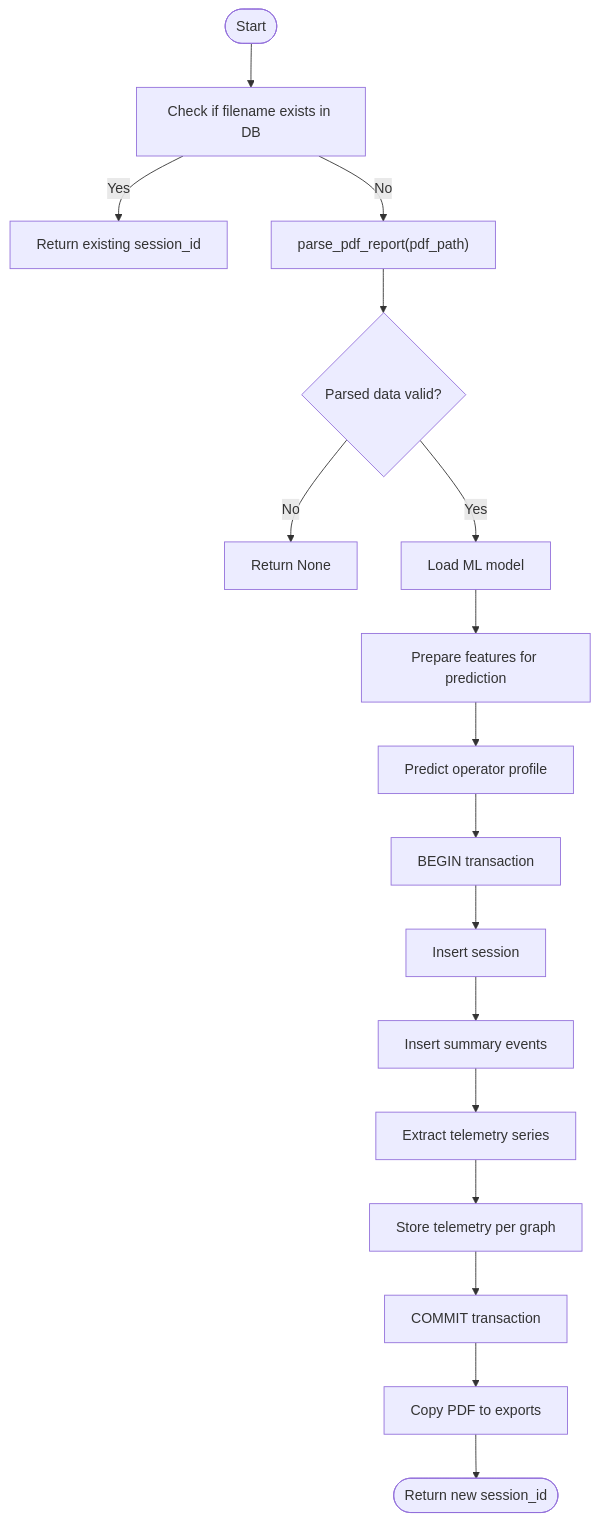
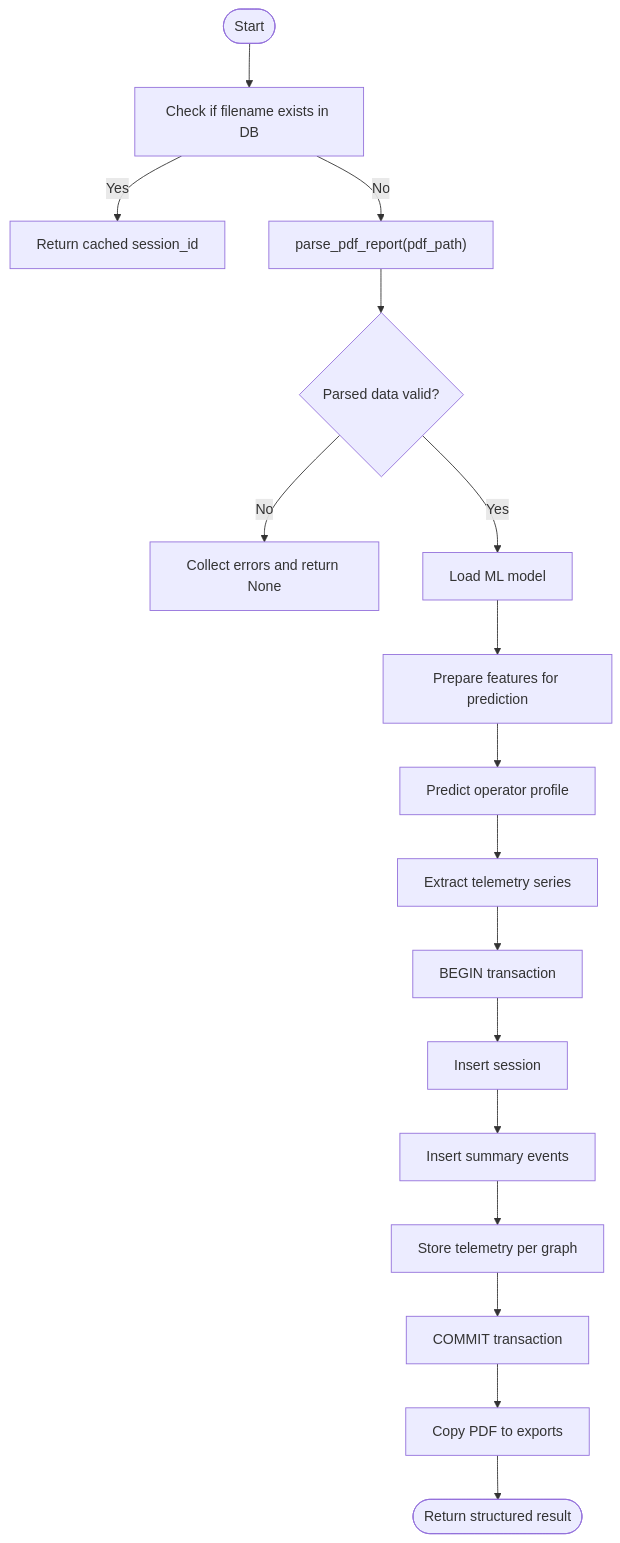
Before and after one commit to AgusCatra/Proyecto-titan.v2: the third of 7 diagrams in .qoder/repowiki/en/content/Desktop Application/Core Workflows and Operations/PDF Processing Workflow.md, drawn with Mermaid. The commit also changed other lines of this file and 36 other files, not shown here.

````diff
--- a/.qoder/repowiki/en/content/Desktop Application/Core Workflows and Operations/PDF Processing Workflow.md
+++ b/.qoder/repowiki/en/content/Desktop Application/Core Workflows and Operations/PDF Processing Workflow.md
@@ -138,19 +149,19 @@
 ```mermaid
 flowchart TD
 Start(["Start"]) --> CheckDup["Check if filename exists in DB"]
-CheckDup --> |Yes| ReturnExisting["Return existing session_id"]
+CheckDup --> |Yes| ReturnCached["Return cached session_id"]
 CheckDup --> |No| ParsePDF["parse_pdf_report(pdf_path)"]
 ParsePDF --> Valid{"Parsed data valid?"}
-Valid --> |No| FailExit["Return None"]
+Valid --> |No| CollectErrors["Collect errors and return None"]
 Valid --> |Yes| LoadModel["Load ML model"]
 LoadModel --> Prepare["Prepare features for prediction"]
 Prepare --> Predict["Predict operator profile"]
-Predict --> BeginTx["BEGIN transaction"]
+Predict --> ExtractTelemetry["Extract telemetry series"]
+ExtractTelemetry --> BeginTx["BEGIN transaction"]
 BeginTx --> InsertSession["Insert session"]
 InsertSession --> InsertEvents["Insert summary events"]
-InsertEvents --> ExtractTelemetry["Extract telemetry series"]
-ExtractTelemetry --> StoreTelemetry["Store telemetry per graph"]
+InsertEvents --> StoreTelemetry["Store telemetry per graph"]
 StoreTelemetry --> CommitTx["COMMIT transaction"]
 CommitTx --> CopyFile["Copy PDF to exports"]
-CopyFile --> End(["Return new session_id"])
+CopyFile --> End(["Return structured result"])
 ```
````
